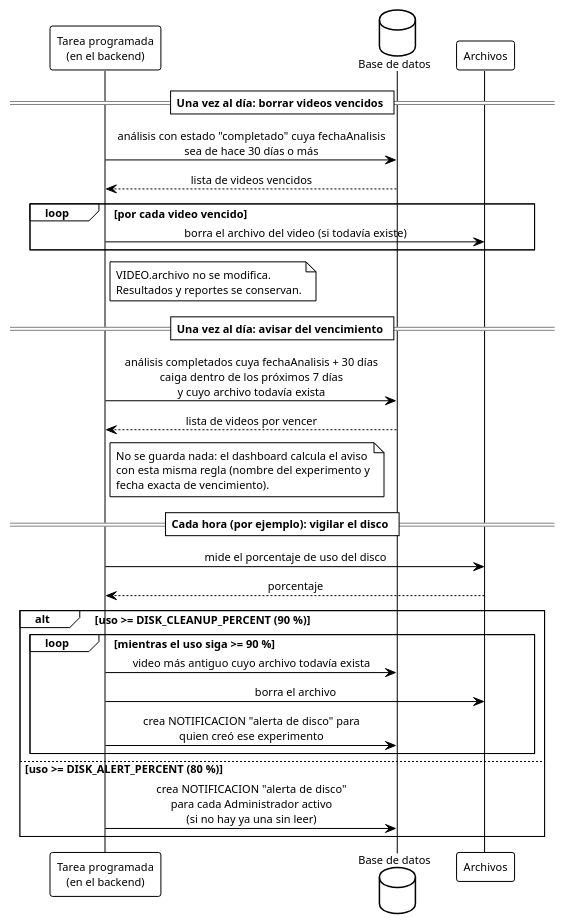
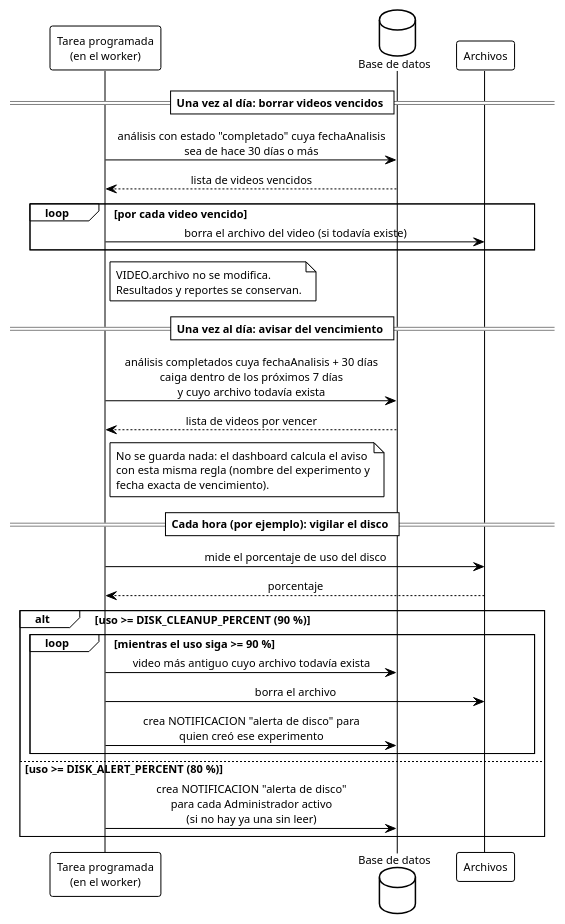
One commit to ErickJester/fst-ai-system-latex changed diagram 38 of 38 in INSTRUCCIONES-WEB.md. Above: the diagram before and after it, drawn with PlantUML. The commit also changed other lines of this file and 27 other files, not shown here.

````diff
--- a/INSTRUCCIONES-WEB.md
+++ b/INSTRUCCIONES-WEB.md
@@ -2473,45 +2475,45 @@
 ```plantuml
 @startuml seq_tareas_programadas
 !theme plain
 skinparam defaultFontName Arial
 skinparam defaultFontSize 11
 skinparam shadowing false
 skinparam sequenceMessageAlign center
-participant "Tarea programada\n(en el backend)" as job
+participant "Tarea programada\n(en el worker)" as job
 database "Base de datos" as db
 participant "Archivos" as fs
 
 == Una vez al día: borrar videos vencidos ==
 job -> db: análisis con estado "completado" cuya fechaAnalisis\nsea de hace 30 días o más
 db --> job: lista de videos vencidos
 loop por cada video vencido
   job -> fs: borra el archivo del video (si todavía existe)
 end
 note right of job
   VIDEO.archivo no se modifica.
   Resultados y reportes se conservan.
 end note
 
 == Una vez al día: avisar del vencimiento ==
 job -> db: análisis completados cuya fechaAnalisis + 30 días\ncaiga dentro de los próximos 7 días\ny cuyo archivo todavía exista
 db --> job: lista de videos por vencer
 note right of job
   No se guarda nada: el dashboard calcula el aviso
   con esta misma regla (nombre del experimento y
   fecha exacta de vencimiento).
 end note
 
 == Cada hora (por ejemplo): vigilar el disco ==
 job -> fs: mide el porcentaje de uso del disco
 fs --> job: porcentaje
 alt uso >= DISK_CLEANUP_PERCENT (90 %)
   loop mientras el uso siga >= 90 %
     job -> db: video más antiguo cuyo archivo todavía exista
     job -> fs: borra el archivo
     job -> db: crea NOTIFICACION "alerta de disco" para\nquien creó ese experimento
   end
 else uso >= DISK_ALERT_PERCENT (80 %)
   job -> db: crea NOTIFICACION "alerta de disco"\npara cada Administrador activo\n(si no hay ya una sin leer)
 end
 @enduml
 ```
````
